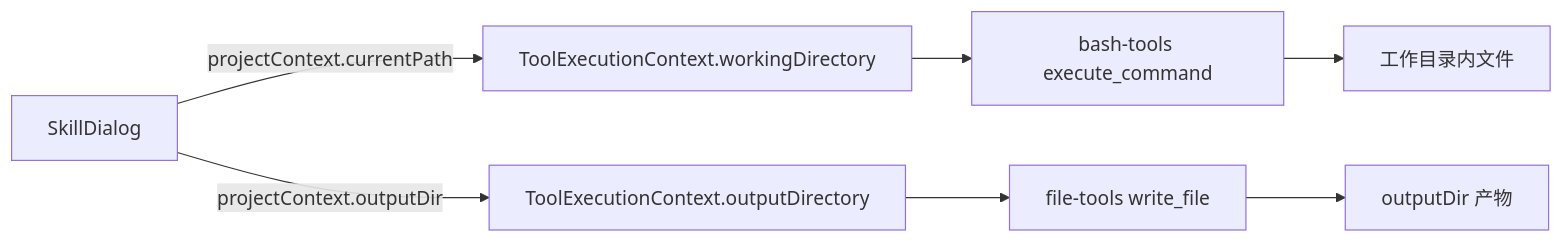
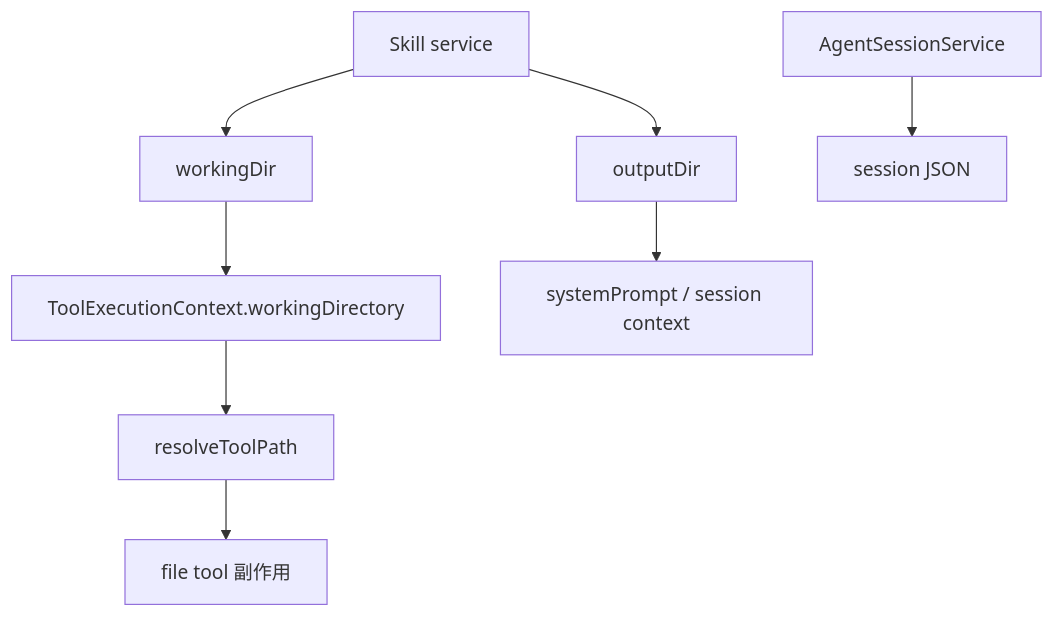
The diagram in learning-note/full-project-course-v2/textbook/part-b-user-operation-chain/B11-artifacts-and-session-storage.md (LavaCourage07/startupOS), drawn with Mermaid before and after one commit. The commit also changed other lines of this file and 560 other files, not shown here.

````diff
--- a/learning-note/full-project-course-v2/textbook/part-b-user-operation-chain/B11-artifacts-and-session-storage.md
+++ b/learning-note/full-project-course-v2/textbook/part-b-user-operation-chain/B11-artifacts-and-session-storage.md
@@ -13,9 +52,10 @@
 ```mermaid
-flowchart LR
-    Dialog[SkillDialog] -- projectContext.currentPath --> Context[ToolExecutionContext.workingDirectory]
-    Dialog -- projectContext.outputDir --> Context2[ToolExecutionContext.outputDirectory]
-    Context --> Bash[bash-tools execute_command]
-    Context2 --> File[file-tools write_file]
-    Bash --> Disk1[工作目录内文件]
-    File --> Disk2[outputDir 产物]
+flowchart TB
+    S[Skill service] --> W[workingDir]
+    S --> O[outputDir]
+    W --> C[ToolExecutionContext.workingDirectory]
+    O --> P[systemPrompt / session context]
+    C --> R[resolveToolPath]
+    R --> F[file tool 副作用]
+    M[AgentSessionService] --> J[session JSON]
 ```
````
